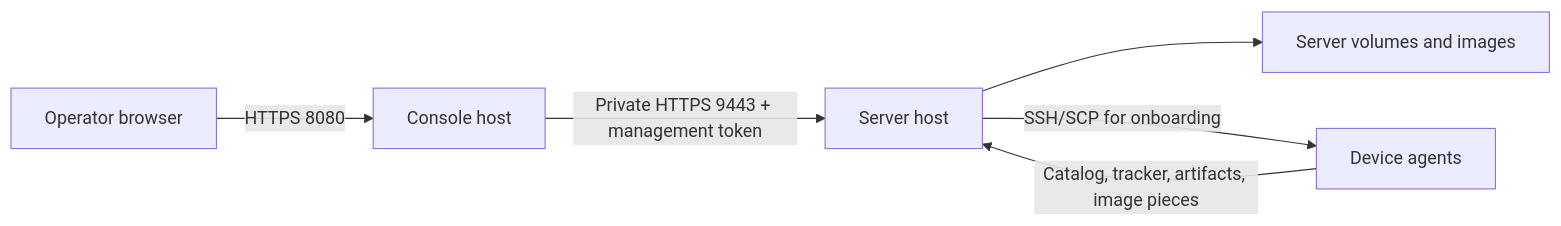
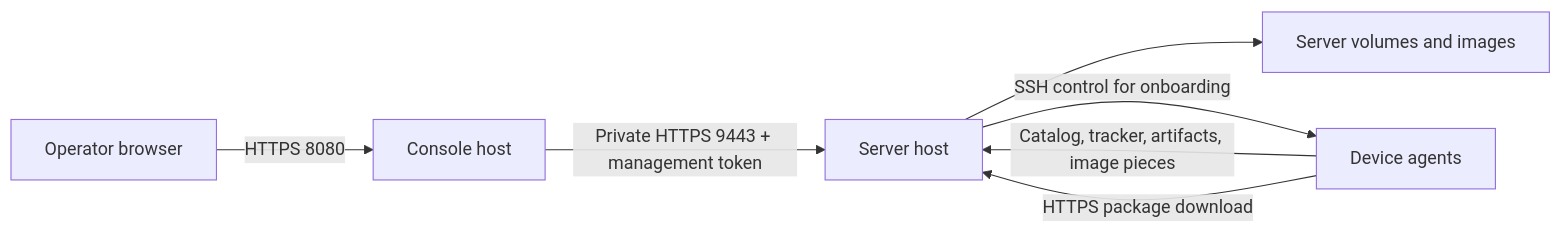
The diagram in docs/zensical/docker-hosts.md (cisco-open/intelligent-release-image-staging), drawn with Mermaid before and after one commit. The commit also changed other lines of this file and 160 other files, not shown here.

First line of the commit message:
Improve HTTPS onboarding, deployment reliability, and Console workflows (#28)

````diff
--- a/docs/zensical/docker-hosts.md
+++ b/docs/zensical/docker-hosts.md
@@ -15,8 +20,9 @@
 ```mermaid
 flowchart LR
     Browser["Operator browser"] -->|"HTTPS 8080"| Console["Console host"]
     Console -->|"Private HTTPS 9443 + management token"| Server["Server host"]
     Server --> State["Server volumes and images"]
     Device["Device agents"] -->|"Catalog, tracker, artifacts, image pieces"| Server
-    Server -->|"SSH/SCP for onboarding"| Device
+    Server -->|"SSH control for onboarding"| Device
+    Device -->|"HTTPS package download"| Server
 ```
````
